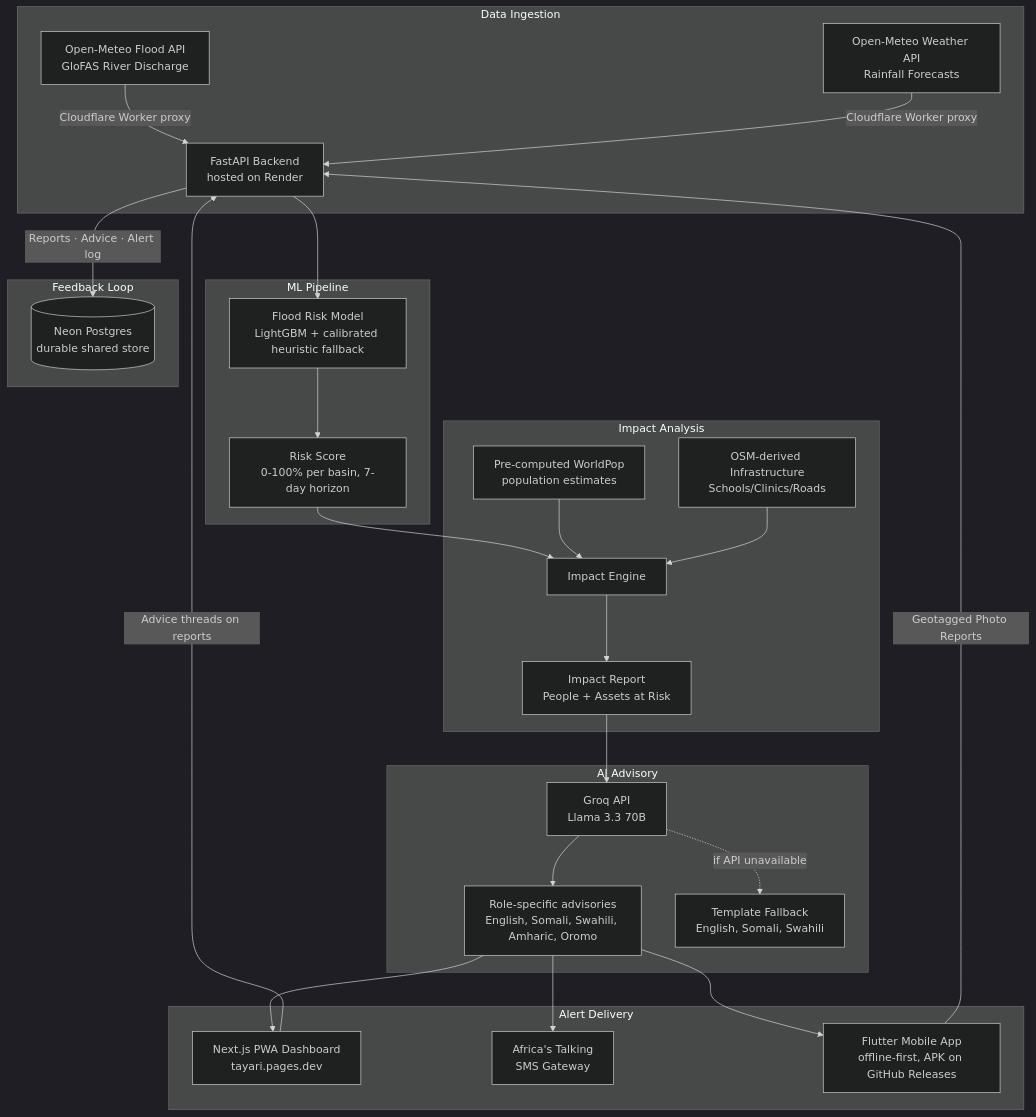
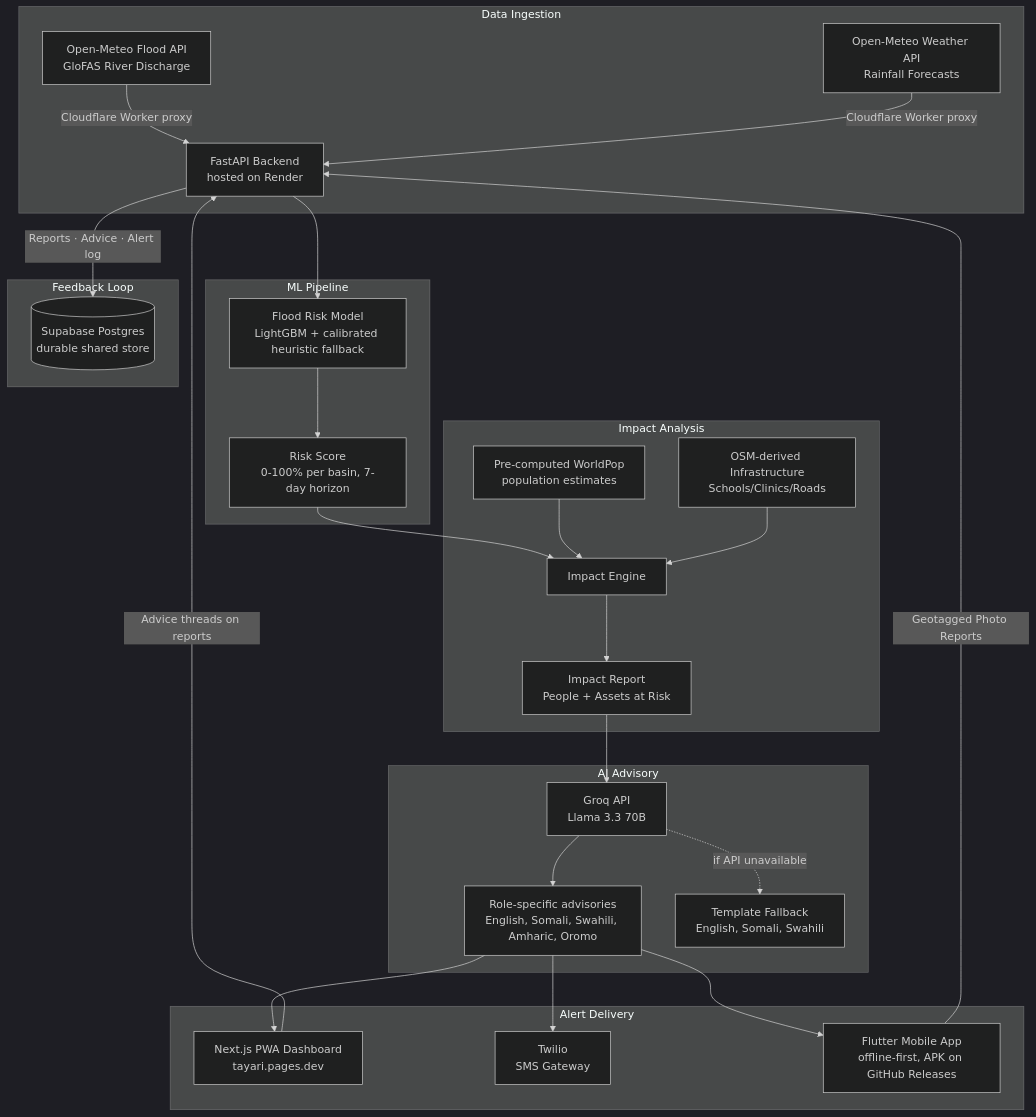
One commit to Raul909/Tayari changed the diagram in README.md. Above: the diagram before and after it, drawn with Mermaid (dark theme). The commit also changed other lines of this file and 1 other file, not shown here.

First line of the commit message:
docs: correct README to match the real stack (Supabase, Twilio)

````diff
--- a/README.md
+++ b/README.md
@@ -44,37 +44,37 @@
 ```mermaid
 graph TD
     subgraph Data Ingestion
         A[Open-Meteo Flood API<br/>GloFAS River Discharge] -->|Cloudflare Worker proxy| B[FastAPI Backend<br/>hosted on Render]
         A2[Open-Meteo Weather API<br/>Rainfall Forecasts] -->|Cloudflare Worker proxy| B
     end
 
     subgraph ML Pipeline
         B --> C[Flood Risk Model<br/>LightGBM + calibrated heuristic fallback]
         C --> D[Risk Score<br/>0-100% per basin, 7-day horizon]
     end
 
     subgraph Impact Analysis
         D --> E[Impact Engine]
         F[Pre-computed WorldPop<br/>population estimates] --> E
         G[OSM-derived Infrastructure<br/>Schools/Clinics/Roads] --> E
         E --> H[Impact Report<br/>People + Assets at Risk]
     end
 
     subgraph AI Advisory
         H --> I[Groq API<br/>Llama 3.3 70B]
         I --> J[Role-specific advisories<br/>English, Somali, Swahili, Amharic, Oromo]
         I -.->|if API unavailable| T[Template Fallback<br/>English, Somali, Swahili]
     end
 
     subgraph Alert Delivery
         J --> K[Next.js PWA Dashboard<br/>tayari.pages.dev]
-        J --> L[Africa's Talking<br/>SMS Gateway]
+        J --> L[Twilio<br/>SMS Gateway]
         J --> M[Flutter Mobile App<br/>offline-first, APK on GitHub Releases]
     end
 
     subgraph Feedback Loop
         M -->|Geotagged Photo Reports| B
         K -->|Advice threads on reports| B
-        B -->|Reports · Advice · Alert log| DB[(Neon Postgres<br/>durable shared store)]
+        B -->|Reports · Advice · Alert log| DB[(Supabase Postgres<br/>durable shared store)]
     end
 ```
````
